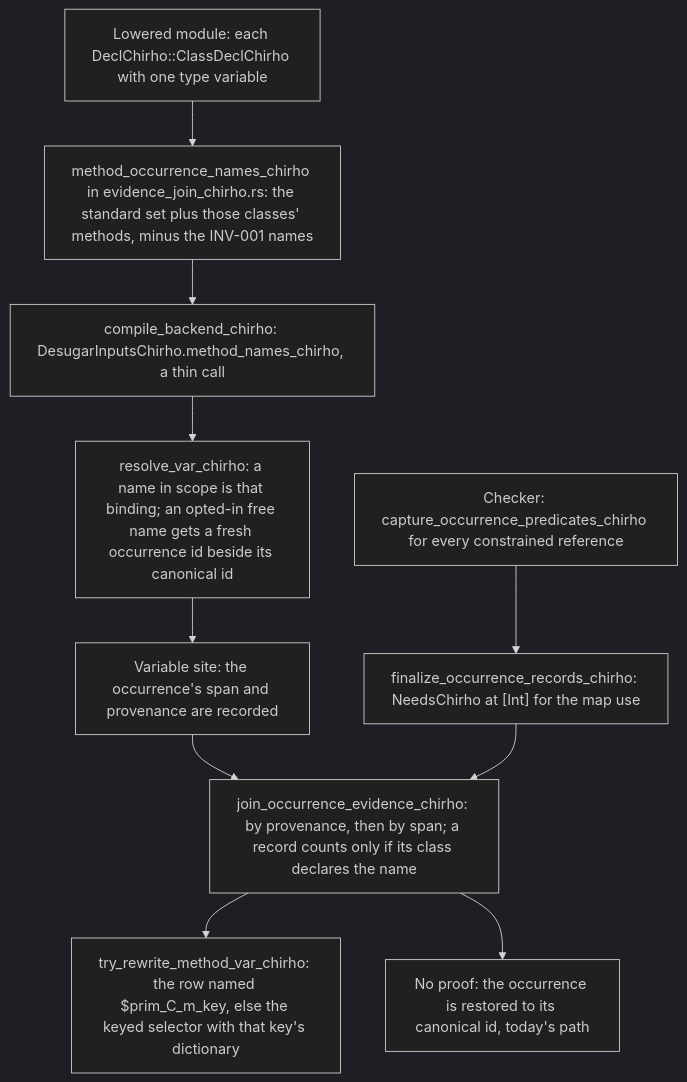
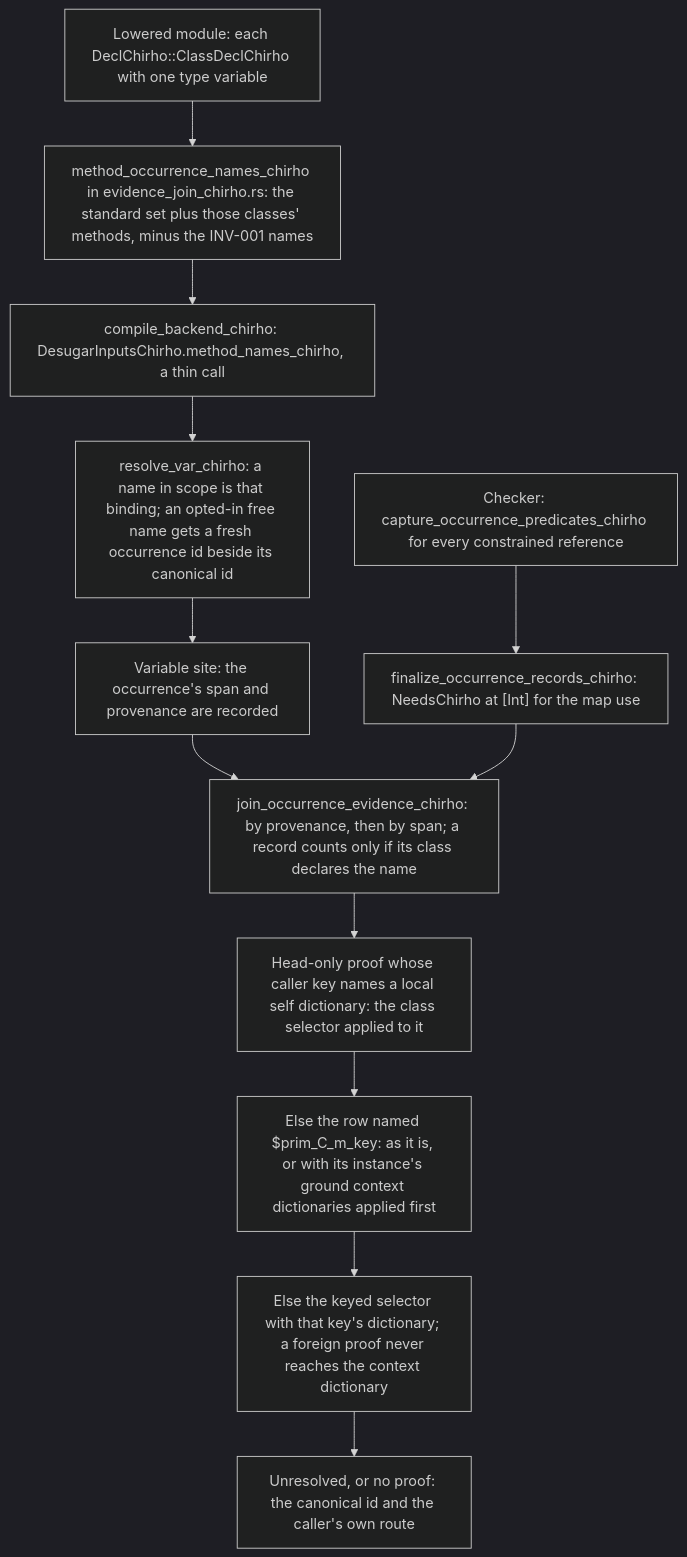
Before and after one commit to loveJesus/haskelujah-chirho: the diagram in spec-chirho/workflows-chirho/language-features-chirho/own-class-method-occurrences-chirho.md, drawn with Mermaid (dark theme). The commit also changed other lines of this file and 7 other files, not shown here.

First line of the commit message:
fix(dict): a proof lands on its own dictionary or row, never the context's

````diff
--- a/spec-chirho/workflows-chirho/language-features-chirho/own-class-method-occurrences-chirho.md
+++ b/spec-chirho/workflows-chirho/language-features-chirho/own-class-method-occurrences-chirho.md
@@ -19,13 +19,15 @@
 ```mermaid
 flowchart TD
     module_chirho["Lowered module: each DeclChirho::ClassDeclChirho with one type variable"]
     module_chirho --> names_chirho["method_occurrence_names_chirho in evidence_join_chirho.rs: the standard set plus those classes' methods, minus the INV-001 names"]
     names_chirho --> inputs_chirho["compile_backend_chirho: DesugarInputsChirho.method_names_chirho, a thin call"]
     inputs_chirho --> resolve_chirho["resolve_var_chirho: a name in scope is that binding; an opted-in free name gets a fresh occurrence id beside its canonical id"]
     resolve_chirho --> site_chirho["Variable site: the occurrence's span and provenance are recorded"]
     capture_chirho["Checker: capture_occurrence_predicates_chirho for every constrained reference"] --> records_chirho["finalize_occurrence_records_chirho: NeedsChirho at [Int] for the map use"]
     site_chirho --> join_chirho["join_occurrence_evidence_chirho: by provenance, then by span; a record counts only if its class declares the name"]
     records_chirho --> join_chirho
-    join_chirho --> pass_chirho["try_rewrite_method_var_chirho: the row named $prim_C_m_key, else the keyed selector with that key's dictionary"]
-    join_chirho --> restore_chirho["No proof: the occurrence is restored to its canonical id, today's path"]
+    join_chirho --> self_chirho["Head-only proof whose caller key names a local self dictionary: the class selector applied to it"]
+    self_chirho --> row_chirho["Else the row named $prim_C_m_key: as it is, or with its instance's ground context dictionaries applied first"]
+    row_chirho --> keyed_chirho["Else the keyed selector with that key's dictionary; a foreign proof never reaches the context dictionary"]
+    keyed_chirho --> restore_chirho["Unresolved, or no proof: the canonical id and the caller's own route"]
 ```
````
